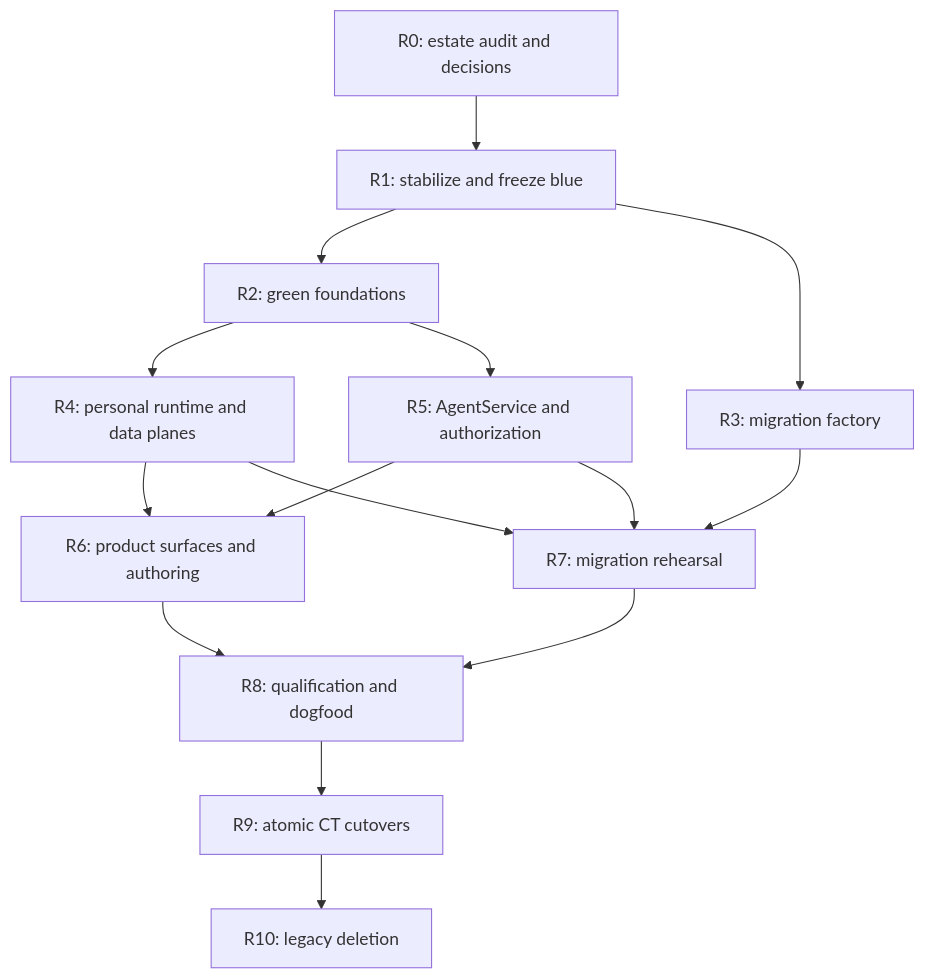
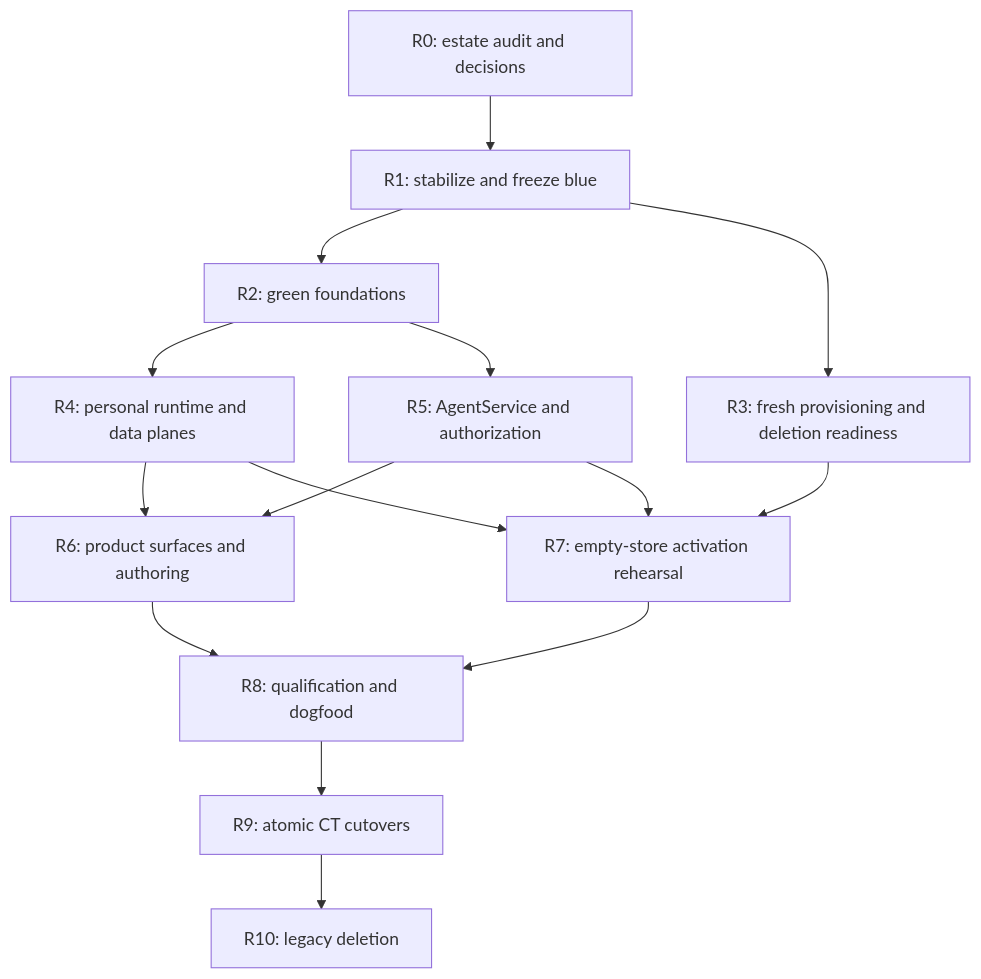
Before and after one commit to Tarvone/opencrane: the diagram in docs/design/personal-agent-platform-rewrite-freeze-plan.md, drawn with Mermaid. The commit also changed other lines of this file and 15 other files, not shown here.

````diff
--- a/docs/design/personal-agent-platform-rewrite-freeze-plan.md
+++ b/docs/design/personal-agent-platform-rewrite-freeze-plan.md
@@ -231,17 +232,17 @@
 ```mermaid
 flowchart TD
   R0["R0: estate audit and decisions"] --> R1["R1: stabilize and freeze blue"]
   R1 --> R2["R2: green foundations"]
-  R1 --> R3["R3: migration factory"]
+  R1 --> R3["R3: fresh provisioning and deletion readiness"]
   R2 --> R4["R4: personal runtime and data planes"]
   R2 --> R5["R5: AgentService and authorization"]
-  R3 --> R7["R7: migration rehearsal"]
+  R3 --> R7["R7: empty-store activation rehearsal"]
   R4 --> R6["R6: product surfaces and authoring"]
   R5 --> R6
   R4 --> R7
   R5 --> R7
   R6 --> R8["R8: qualification and dogfood"]
   R7 --> R8
   R8 --> R9["R9: atomic CT cutovers"]
   R9 --> R10["R10: legacy deletion"]
 ```
````
